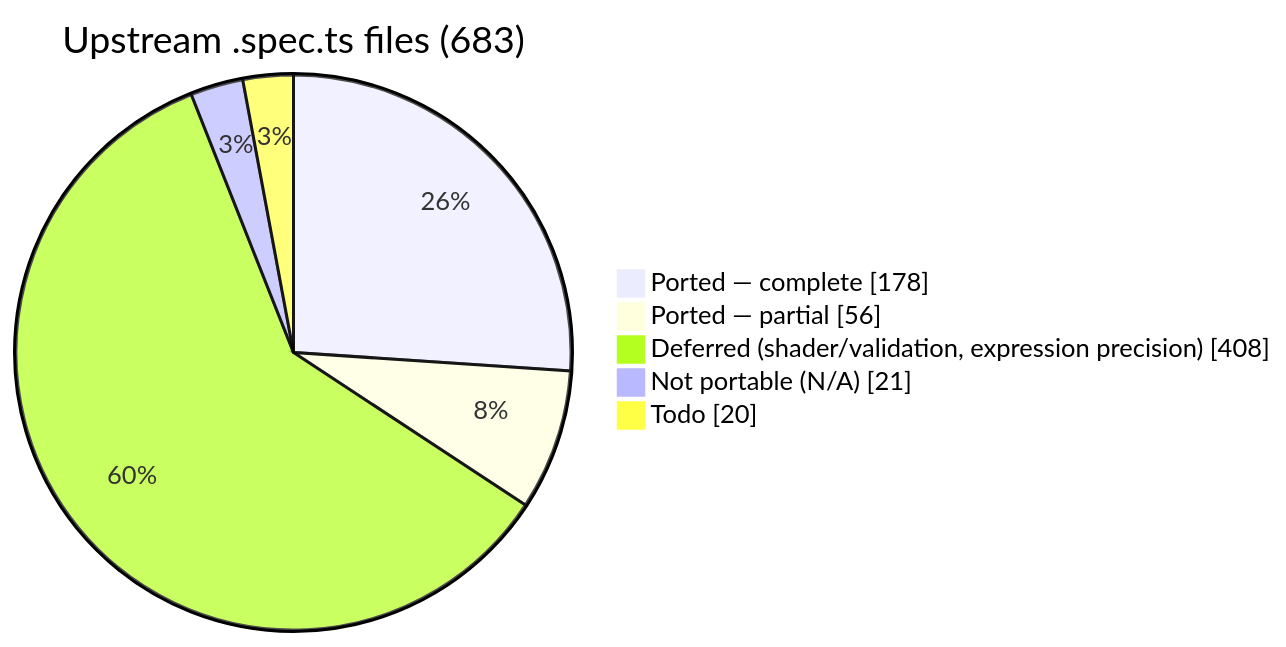
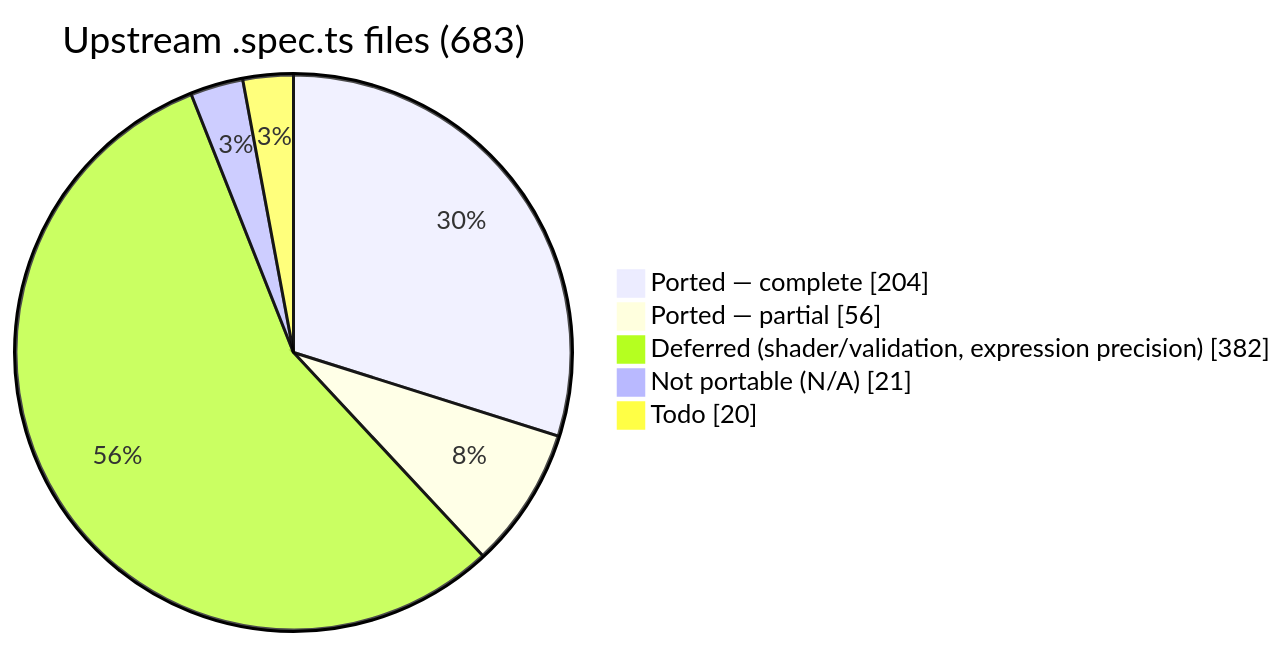
One commit to infosia/webgpu-native-cts changed the first of 2 diagrams in README.md. Above: the diagram before and after it, drawn with Mermaid. The commit also changed other lines of this file and 1 other file, not shown here.

````diff
--- a/README.md
+++ b/README.md
@@ -97,9 +103,9 @@
 ```mermaid
 pie showData
     title Upstream .spec.ts files (683)
-    "Ported — complete" : 178
+    "Ported — complete" : 204
     "Ported — partial" : 56
-    "Deferred (shader/validation, expression precision)" : 408
+    "Deferred (shader/validation, expression precision)" : 382
     "Not portable (N/A)" : 21
     "Todo" : 20
 ```
````
